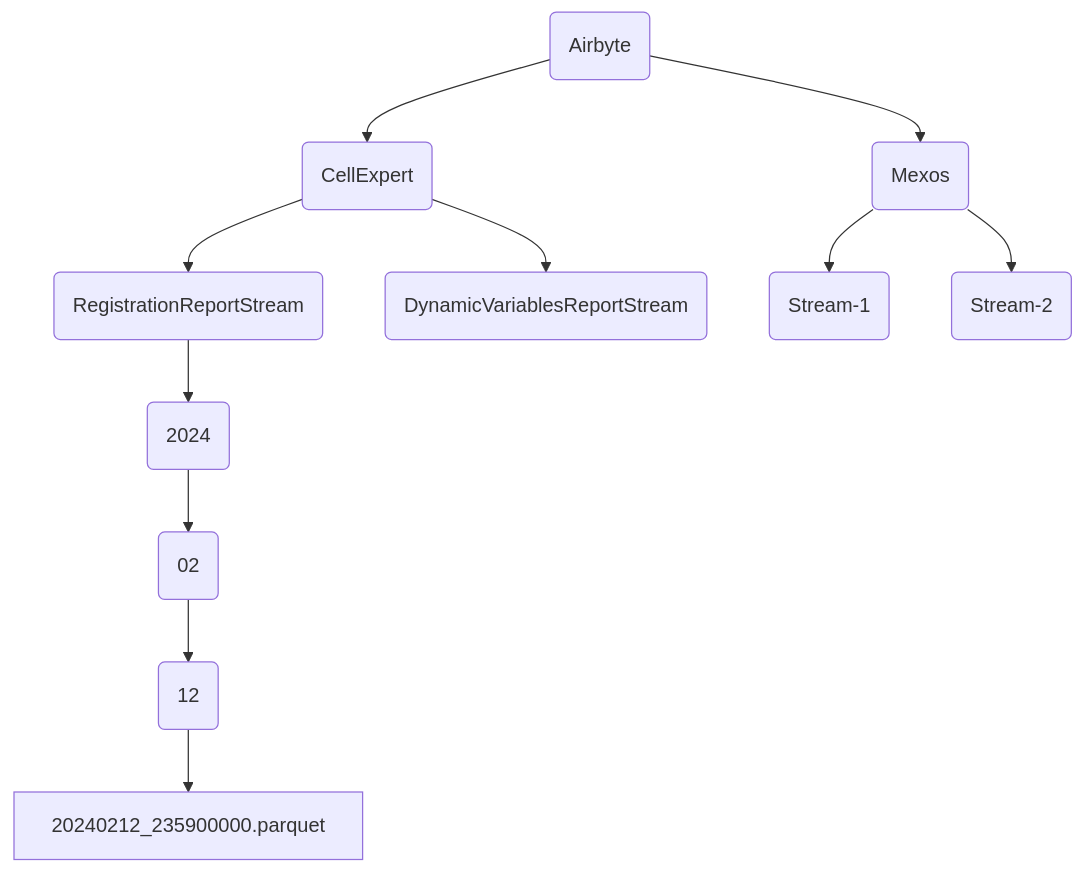
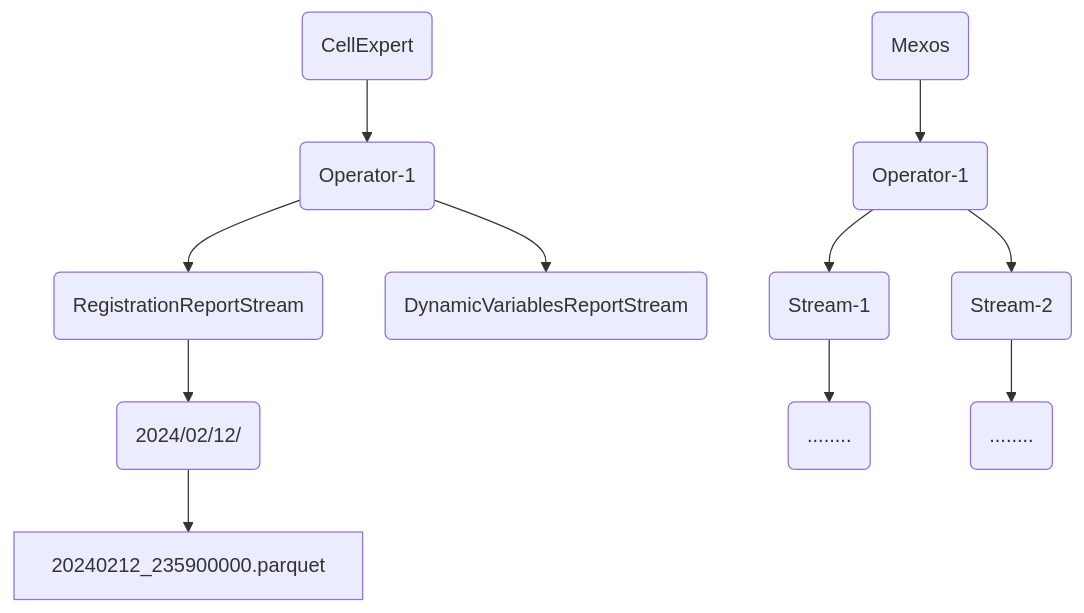
The second of 11 diagrams in README.md (peddadap/design_templates), drawn with Mermaid before and after one commit. The commit also changed other lines of this file, not shown here.

````diff
--- a/README.md
+++ b/README.md
@@ -110,15 +110,16 @@
 ```mermaid
 graph TD
-    A(Airbyte) --> B(CellExpert)
-    A --> C(Mexos)
+    A(CellExpert)
+    A -->B(Operator-1)
+    C(Mexos) -->C1.1(Operator-1)
     B --> D(RegistrationReportStream)
     B --> E(DynamicVariablesReportStream)
-    D --> I(2024)
-    I --> J(02)
-    J -->K(12)
-    K --> L[20240212_235900000.parquet]
-    C --> F(Stream-1)
-    C --> G(Stream-2)
+    D --> I(2024/02/12/)
+    I --> L[20240212_235900000.parquet]
+    C1.1 --> F(Stream-1)
+    C1.1 --> G(Stream-2)
+    F --> H( ........)
+    G --> J( ........)
 
 
 ```
````
